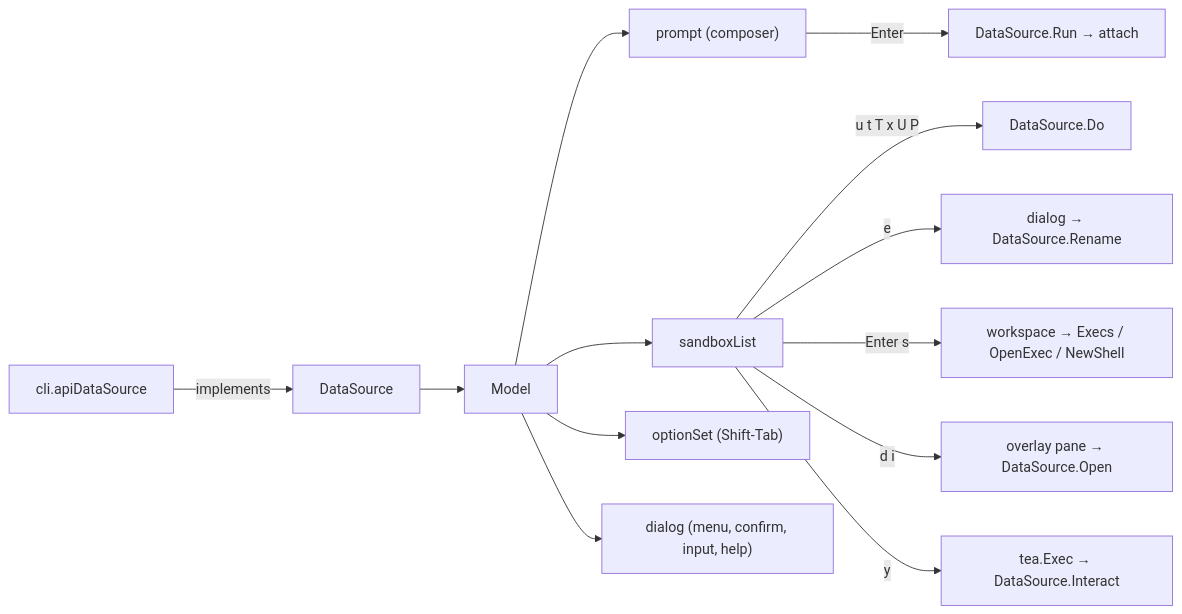
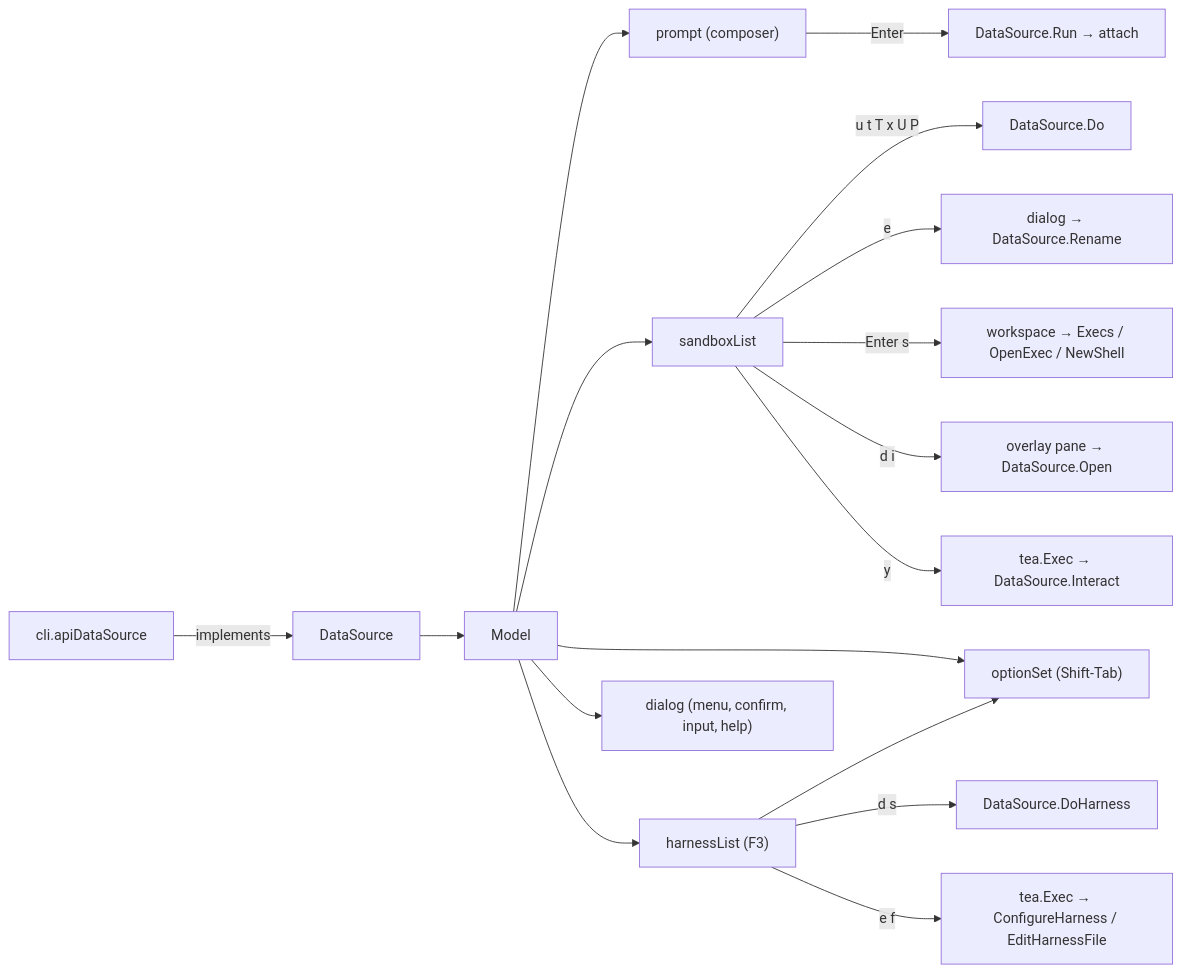
The diagram in cli/internal/tui/DESIGN.md (discobox-ai/discobox), drawn with Mermaid before and after one commit. The commit also changed other lines of this file and 17 other files, not shown here.

````diff
--- a/cli/internal/tui/DESIGN.md
+++ b/cli/internal/tui/DESIGN.md
@@ -12,15 +12,19 @@
 ```mermaid
 flowchart LR
     CLI["cli.apiDataSource"] -->|implements| DS["DataSource"]
     DS --> M["Model"]
     M --> P["prompt (composer)"]
     M --> L["sandboxList"]
     M --> O["optionSet (Shift-Tab)"]
+    M --> A["harnessList (F3)"]
     M --> D["dialog (menu, confirm, input, help)"]
     P -->|Enter| Run["DataSource.Run → attach"]
     L -->|u t T x U P| Verb["DataSource.Do"]
     L -->|e| Rename["dialog → DataSource.Rename"]
     L -->|Enter s| WS["workspace → Execs / OpenExec / NewShell"]
     L -->|d i| Overlay["overlay pane → DataSource.Open"]
     L -->|y| Exec["tea.Exec → DataSource.Interact"]
+    A -->|d s| AVerb["DataSource.DoHarness"]
+    A -->|e f| AExec["tea.Exec → ConfigureHarness / EditHarnessFile"]
+    A --> O
 ```
````
